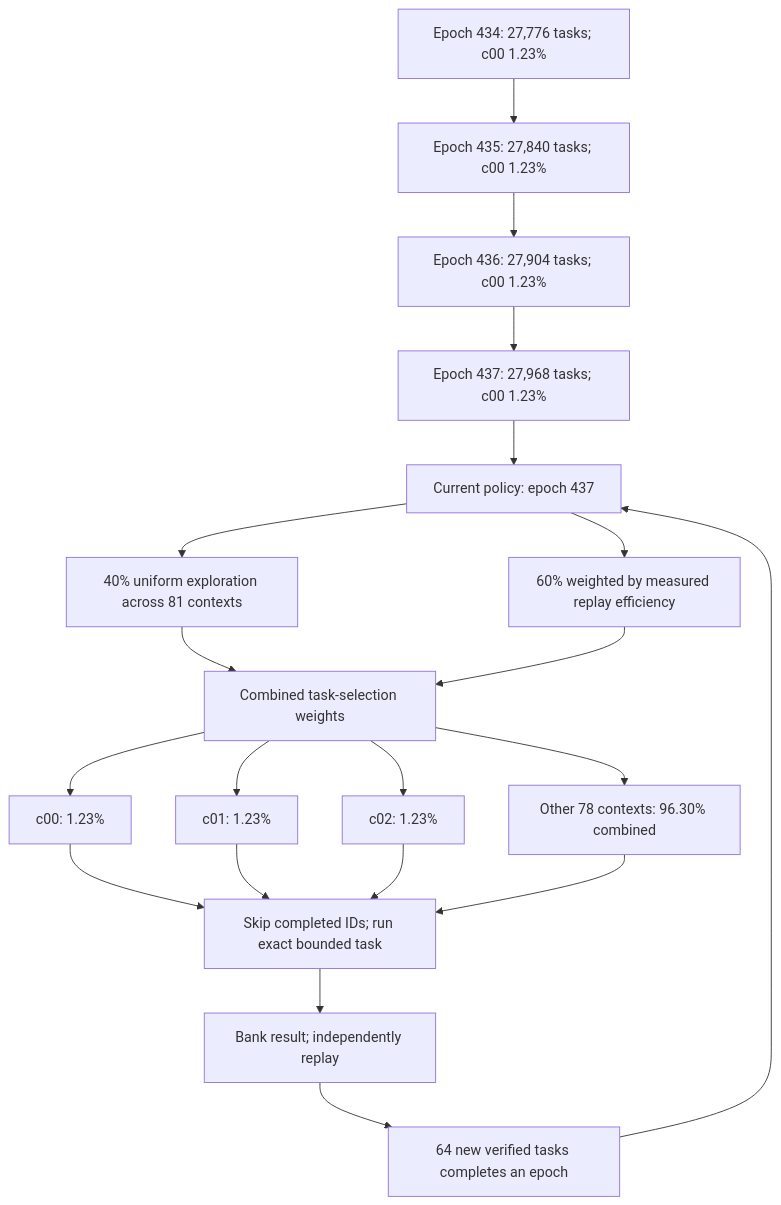
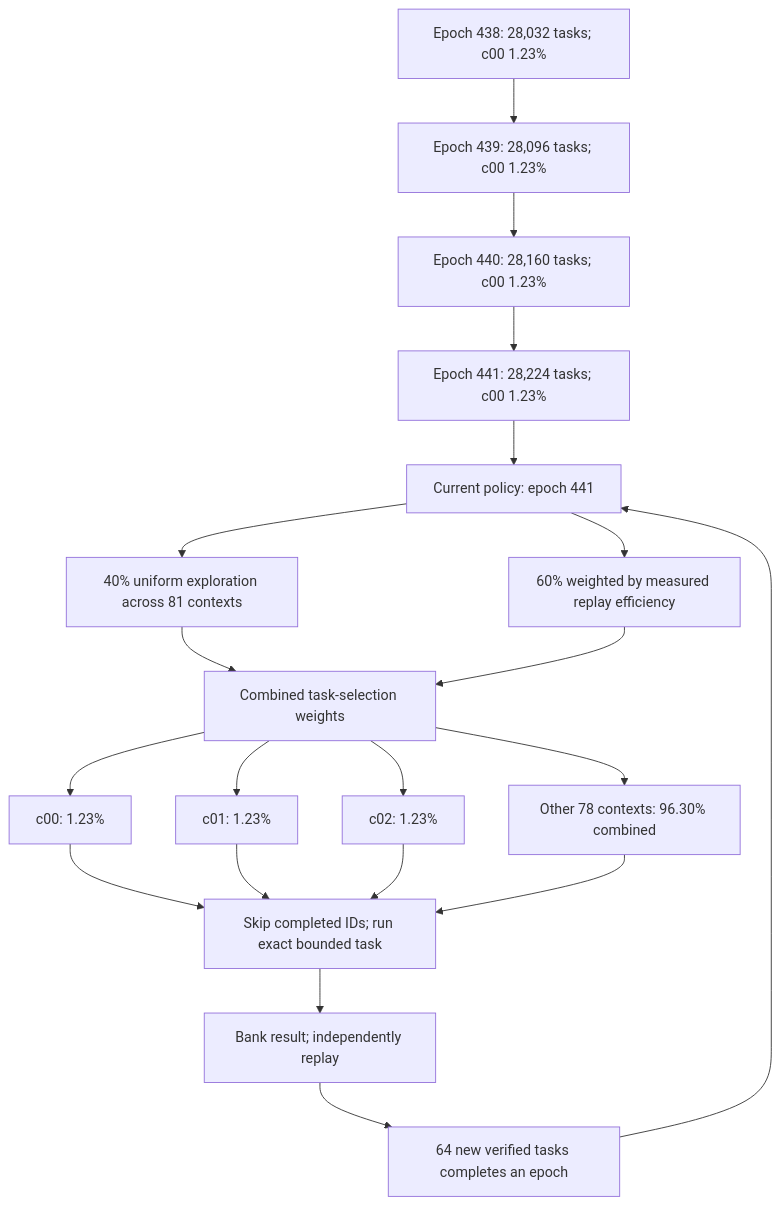
The first of 2 diagrams in README.md (Kuberwastaken/math-gambling), drawn with Mermaid before and after one commit. The commit also changed other lines of this file and 598 other files, not shown here.

````diff
--- a/README.md
+++ b/README.md
@@ -50,27 +50,27 @@
 ```mermaid
 flowchart TD
-    H0["Epoch 434: 27,776 tasks; c00 1.23%"]
-    H1["Epoch 435: 27,840 tasks; c00 1.23%"]
+    H0["Epoch 438: 28,032 tasks; c00 1.23%"]
+    H1["Epoch 439: 28,096 tasks; c00 1.23%"]
     H0 --> H1
-    H2["Epoch 436: 27,904 tasks; c00 1.23%"]
+    H2["Epoch 440: 28,160 tasks; c00 1.23%"]
     H1 --> H2
-    H3["Epoch 437: 27,968 tasks; c00 1.23%"]
+    H3["Epoch 441: 28,224 tasks; c00 1.23%"]
     H2 --> H3
-    Policy["Current policy: epoch 437"]
+    Policy["Current policy: epoch 441"]
     H3 --> Policy
     Policy --> Explore["40% uniform exploration across 81 contexts"]
     Policy --> Cost["60% weighted by measured replay efficiency"]
     Explore --> Mix["Combined task-selection weights"]
     Cost --> Mix
     Mix --> C0["c00: 1.23%"]
     Mix --> C1["c01: 1.23%"]
     Mix --> C2["c02: 1.23%"]
     Mix --> Rest["Other 78 contexts: 96.30% combined"]
     C0 --> Check["Skip completed IDs; run exact bounded task"]
     C1 --> Check
     C2 --> Check
     Rest --> Check
     Check --> Replay["Bank result; independently replay"]
     Replay --> Gate["64 new verified tasks completes an epoch"]
     Gate --> Policy
 ```
````
